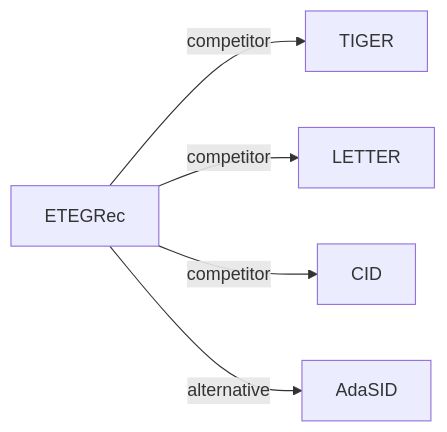
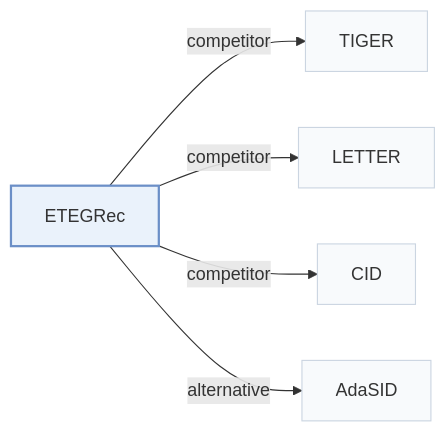
The fourth of 4 diagrams in pages/papers/etegrec.md (Galaxy-ghost/Awesome-SID-Generative-Rec), drawn with Mermaid before and after one commit. The commit also changed other lines of this file and 649 other files, not shown here.

Commit message:
writer-05: also tags and modality index (schema, check, build, visuals); summary field removed; calibration data for 12 papers

````diff
--- a/pages/papers/etegrec.md
+++ b/pages/papers/etegrec.md
@@ -134,8 +159,12 @@
 ```mermaid
 flowchart LR
     P["ETEGRec"]
-    P -->|competitor| A["TIGER"]
-    P -->|competitor| B["LETTER"]
-    P -->|competitor| C["CID"]
-    P -->|alternative| D["AdaSID"]
+    P -->|"competitor"| A["TIGER"]
+    P -->|"competitor"| B["LETTER"]
+    P -->|"competitor"| C["CID"]
+    P -->|"alternative"| D["AdaSID"]
+    classDef main fill:#eaf2fb,stroke:#6b8fc7,stroke-width:2px
+    classDef peer fill:#f8fafc,stroke:#cbd5e1
+    class P main
+    class A,B,C,D peer
 ```
````
